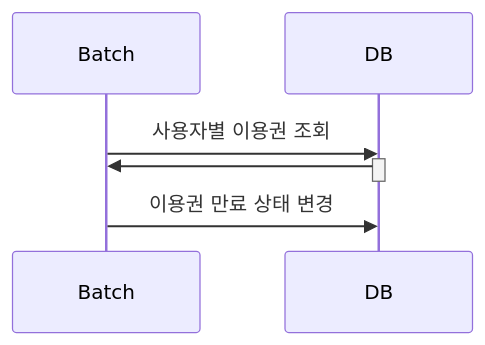
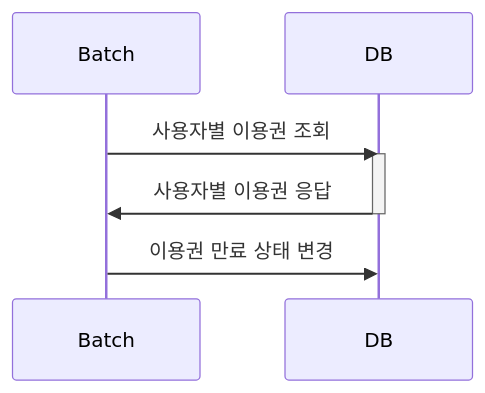
One commit to kjs92980/pass-batch changed the first of 4 diagrams in README.md. Above: the diagram before and after it, drawn with Mermaid. The commit also changed other lines of this file, not shown here.

````diff
--- a/README.md
+++ b/README.md
@@ -6,10 +6,10 @@
 ```mermaid
 sequenceDiagram
     participant Batch
     participant DB
     Batch->>DB: 사용자별 이용권 조회
     activate DB
-    DB->>Batch:
+    DB->>Batch: 사용자별 이용권 응답
     deactivate DB
     Batch->>DB: 이용권 만료 상태 변경
 ```
````
